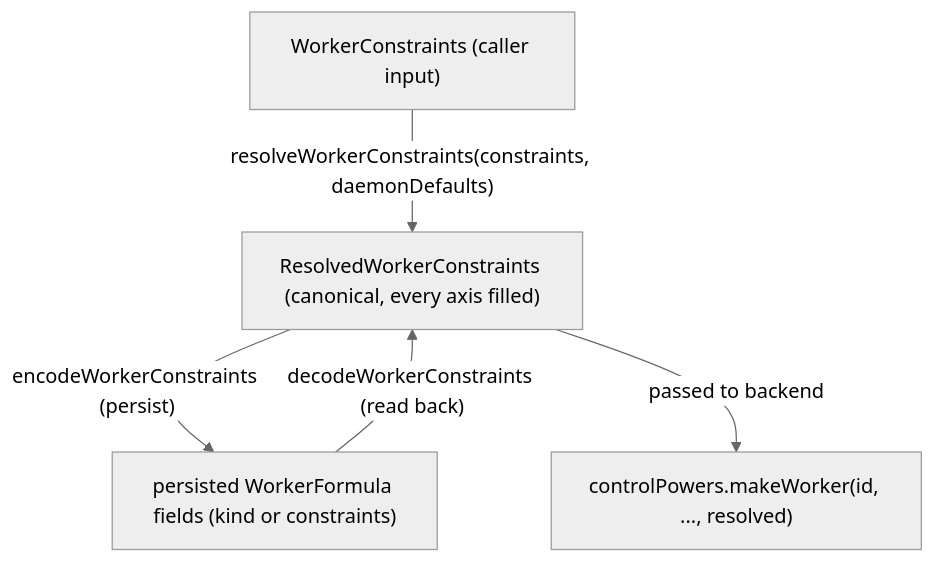
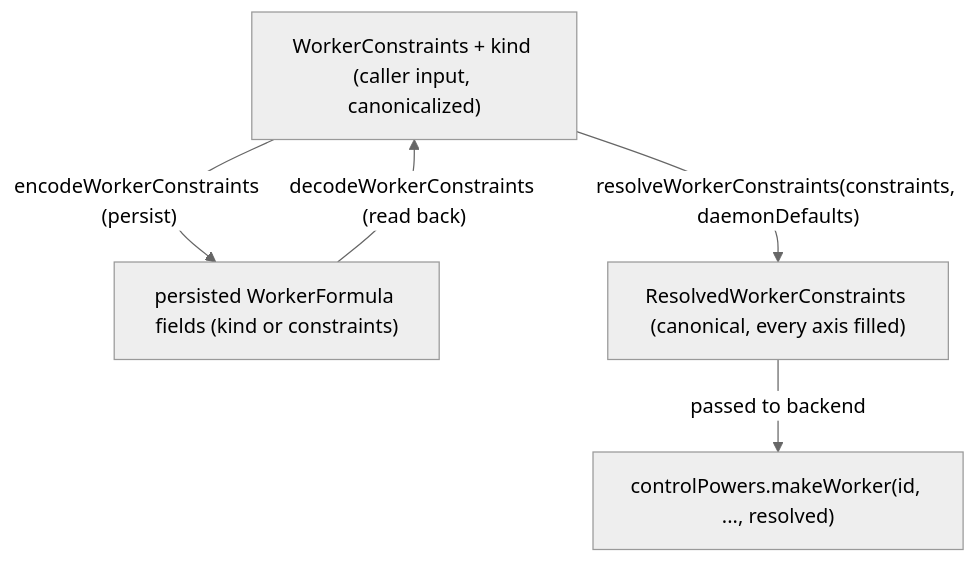
Before and after one commit to endojs/endo-but-for-bots: the diagram in designs/worker-constraint-model.md, drawn with Mermaid (neutral theme). The commit also changed other lines of this file and 2 other files, not shown here.

````diff
--- a/designs/worker-constraint-model.md
+++ b/designs/worker-constraint-model.md
@@ -438,7 +491,7 @@
 ```mermaid
 flowchart TD
-  A["WorkerConstraints (caller input)"] -->|"resolveWorkerConstraints(constraints, daemonDefaults)"| B
-  B["ResolvedWorkerConstraints (canonical, every axis filled)"] -->|"encodeWorkerConstraints (persist)"| C
-  C["persisted WorkerFormula fields (kind or constraints)"] -->|"decodeWorkerConstraints (read back)"| B
-  B -->|"passed to backend"| D["controlPowers.makeWorker(id, ..., resolved)"]
+  A["WorkerConstraints + kind (caller input, canonicalized)"] -->|"encodeWorkerConstraints (persist)"| C
+  C["persisted WorkerFormula fields (kind or constraints)"] -->|"decodeWorkerConstraints (read back)"| A
+  A -->|"resolveWorkerConstraints(constraints, daemonDefaults)"| B
+  B["ResolvedWorkerConstraints (canonical, every axis filled)"] -->|"passed to backend"| D["controlPowers.makeWorker(id, ..., resolved)"]
 ```
````
